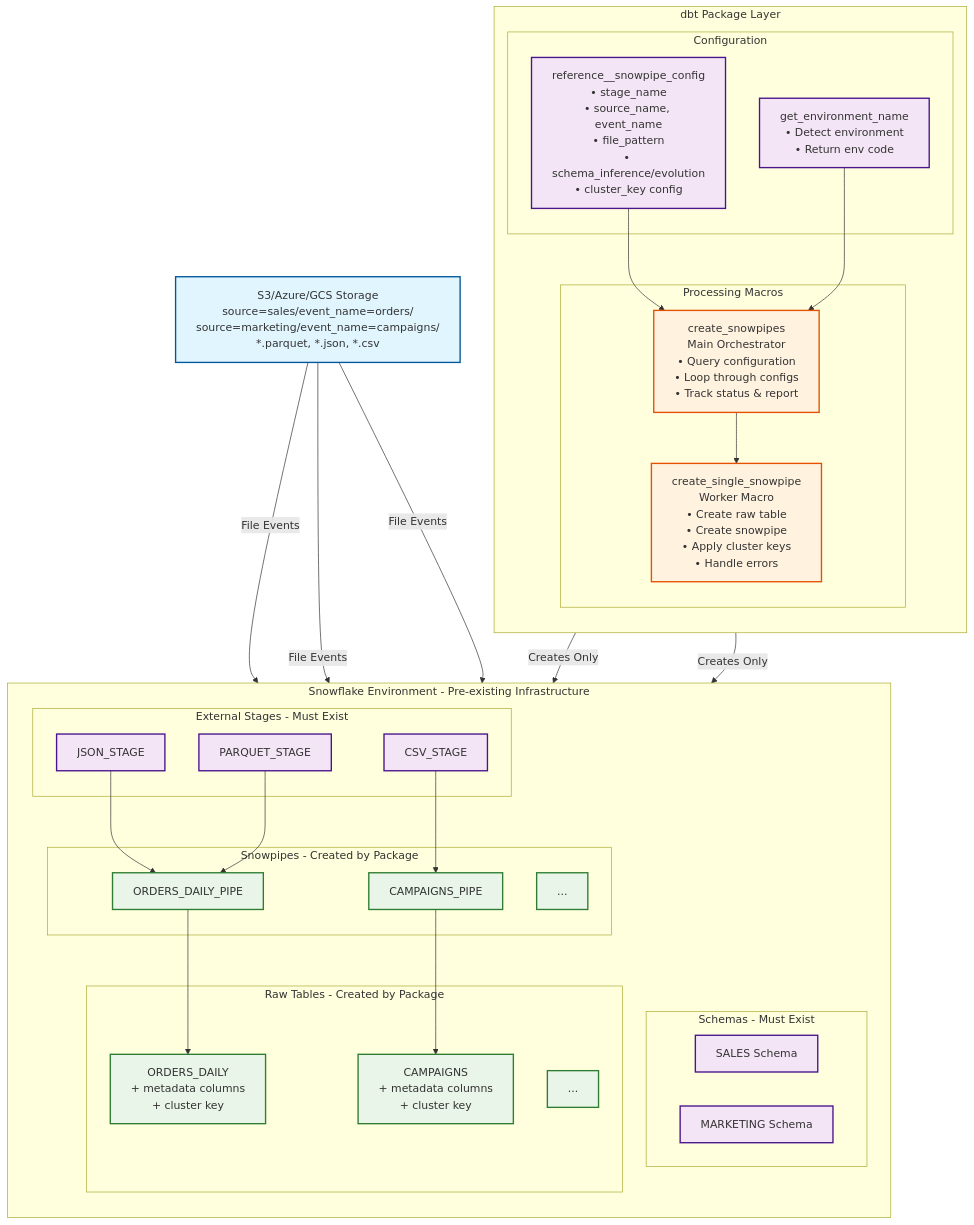
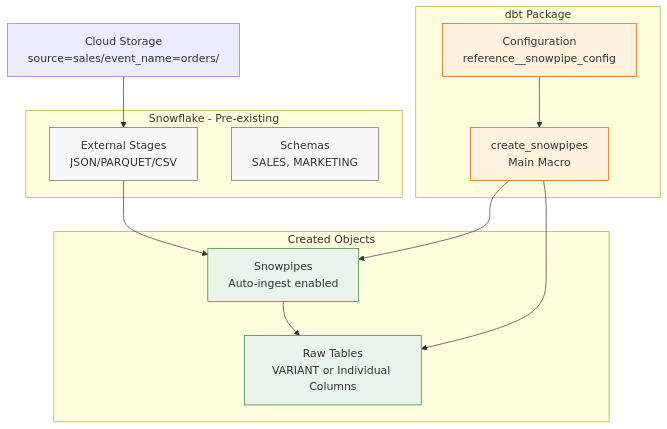
The diagram in README.md (entechlog/dbt-snowpipe-utils), drawn with Mermaid before and after one commit. The commit also changed other lines of this file and 6 other files, not shown here.

Commit message:
changes to fix the snow pipe package

````diff
--- a/README.md
+++ b/README.md
@@ -54,79 +7,34 @@
-```mermaid 
+```mermaid
 graph TD
-    %% External Data Sources
-    S3[S3/Azure/GCS Storage<br/>source=sales/event_name=orders/<br/>source=marketing/event_name=campaigns/<br/>*.parquet, *.json, *.csv] 
+    S3[Cloud Storage<br/>source=sales/event_name=orders/] 
     
-    %% Snowflake Layer
-    subgraph SF [Snowflake Environment - Pre-existing Infrastructure]
-        direction TB
-        subgraph STAGES [External Stages - Must Exist]
-            ST1[JSON_STAGE]
-            ST2[PARQUET_STAGE]
-            ST3[CSV_STAGE]
-        end
-        
-        subgraph SCHEMAS [Schemas - Must Exist]
-            SC1[SALES Schema]
-            SC2[MARKETING Schema]
-        end
-        
-        subgraph PIPES [Snowpipes - Created by Package]
-            SP1[ORDERS_DAILY_PIPE]
-            SP2[CAMPAIGNS_PIPE]
-            SPN[...]
-        end
-        
-        subgraph TABLES [Raw Tables - Created by Package]
-            RT1[ORDERS_DAILY<br/>+ metadata columns<br/>+ cluster key]
-            RT2[CAMPAIGNS<br/>+ metadata columns<br/>+ cluster key]
-            RTN[...]
-        end
+    subgraph SF [Snowflake - Pre-existing]
+        STAGES[External Stages<br/>JSON/PARQUET/CSV]
+        SCHEMAS[Schemas<br/>SALES, MARKETING]
     end
     
-    %% dbt Package Layer
-    subgraph DBT [dbt Package Layer]
-        direction TB
-        
-        subgraph CONFIG [Configuration]
-            CONF[reference__snowpipe_config<br/>• stage_name<br/>• source_name, event_name<br/>• file_pattern<br/>• schema_inference/evolution<br/>• cluster_key config]
-            ENV[get_environment_name<br/>• Detect environment<br/>• Return env code]
-        end
-        
-        subgraph PROCESSING [Processing Macros]
-            MAIN[create_snowpipes<br/>Main Orchestrator<br/>• Query configuration<br/>• Loop through configs<br/>• Track status & report]
-            SINGLE[create_single_snowpipe<br/>Worker Macro<br/>• Create raw table<br/>• Create snowpipe<br/>• Apply cluster keys<br/>• Handle errors]
-        end
+    subgraph PKG [dbt Package]
+        CONFIG[Configuration<br/>reference__snowpipe_config]
+        MACRO[create_snowpipes<br/>Main Macro]
     end
     
-    %% Data Flow
-    S3 -->|File Events| ST1
-    S3 -->|File Events| ST2
-    S3 -->|File Events| ST3
+    subgraph CREATED [Created Objects]
+        PIPES[Snowpipes<br/>Auto-ingest enabled]
+        TABLES[Raw Tables<br/>VARIANT or Individual Columns]
+    end
     
-    ST1 --> SP1
-    ST2 --> SP1
-    ST3 --> SP2
+    S3 --> STAGES
+    STAGES --> PIPES
+    PIPES --> TABLES
+    CONFIG --> MACRO
+    MACRO --> PIPES
+    MACRO --> TABLES
     
-    SP1 --> RT1
-    SP2 --> RT2
+    classDef preexisting fill:#f9f9f9,stroke:#666
+    classDef created fill:#e8f5e8,stroke:#2e7d32
+    classDef package fill:#fff3e0,stroke:#e65100
     
-    %% dbt Control Flow
-    CONF --> MAIN
-    ENV --> MAIN
-    MAIN --> SINGLE
-    SINGLE -->|Creates Only| PIPES
-    SINGLE -->|Creates Only| TABLES
-    
-    %% Styling
-    classDef external fill:#e1f5fe,stroke:#01579b,stroke-width:2px
-    classDef preexisting fill:#f3e5f5,stroke:#4a148c,stroke-width:2px
-    classDef created fill:#e8f5e8,stroke:#2e7d32,stroke-width:2px
-    classDef dbt fill:#fff3e0,stroke:#e65100,stroke-width:2px
-    classDef config fill:#f3e5f5,stroke:#4a148c,stroke-width:2px
-    
-    class S3 external
-    class ST1,ST2,ST3,SC1,SC2 preexisting
-    class SP1,SP2,SPN,RT1,RT2,RTN created
-    class MAIN,SINGLE dbt
-    class CONF,ENV config
+    class STAGES,SCHEMAS preexisting
+    class PIPES,TABLES created
+    class CONFIG,MACRO package
 ```
````
